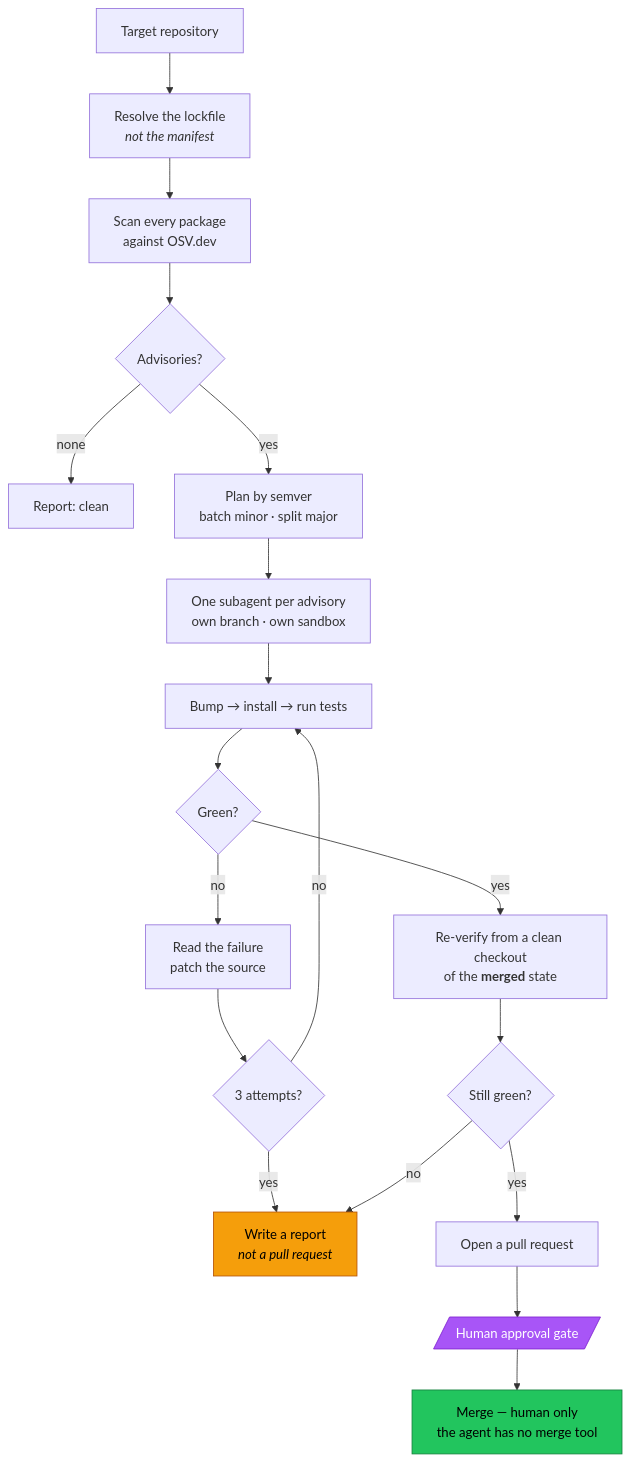
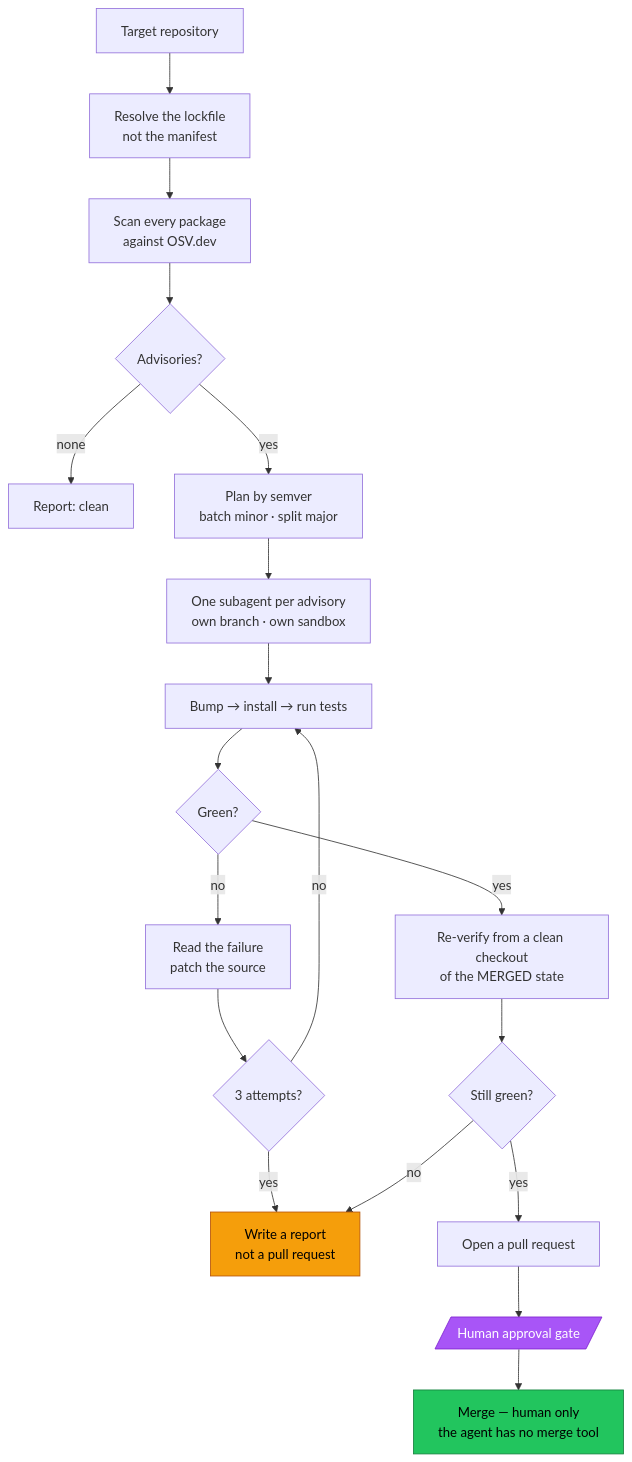
One commit to Harsh-bugs4ever/Outsmart changed the diagram in README.md. Above: the diagram before and after it, drawn with Mermaid.

Commit message:
docs: drop HTML tags from mermaid labels
GitHub escapes <i> and <b> inside mermaid rather than styling them, which
would render the tags literally inside the diagram boxes.

````diff
--- a/README.md
+++ b/README.md
@@ -21,25 +21,25 @@
 ```mermaid
 flowchart TD
-    A[Target repository] --> B[Resolve the lockfile<br/><i>not the manifest</i>]
+    A[Target repository] --> B[Resolve the lockfile<br/>not the manifest]
     B --> C[Scan every package<br/>against OSV.dev]
     C --> D{Advisories?}
     D -->|none| E[Report: clean]
     D -->|yes| F[Plan by semver<br/>batch minor · split major]
     F --> G[One subagent per advisory<br/>own branch · own sandbox]
     G --> H[Bump → install → run tests]
     H --> I{Green?}
     I -->|no| J[Read the failure<br/>patch the source]
     J --> K{3 attempts?}
     K -->|no| H
-    K -->|yes| L[Write a report<br/><i>not a pull request</i>]
-    I -->|yes| M[Re-verify from a clean checkout<br/>of the <b>merged</b> state]
+    K -->|yes| L[Write a report<br/>not a pull request]
+    I -->|yes| M[Re-verify from a clean checkout<br/>of the MERGED state]
     M --> N{Still green?}
     N -->|no| L
     N -->|yes| O[Open a pull request]
     O --> P[/Human approval gate/]
     P --> Q[Merge — human only<br/>the agent has no merge tool]
 
     style P fill:#a855f7,stroke:#7e22ce,color:#fff
     style L fill:#f59e0b,stroke:#b45309,color:#000
     style Q fill:#22c55e,stroke:#15803d,color:#000
 ```
````
